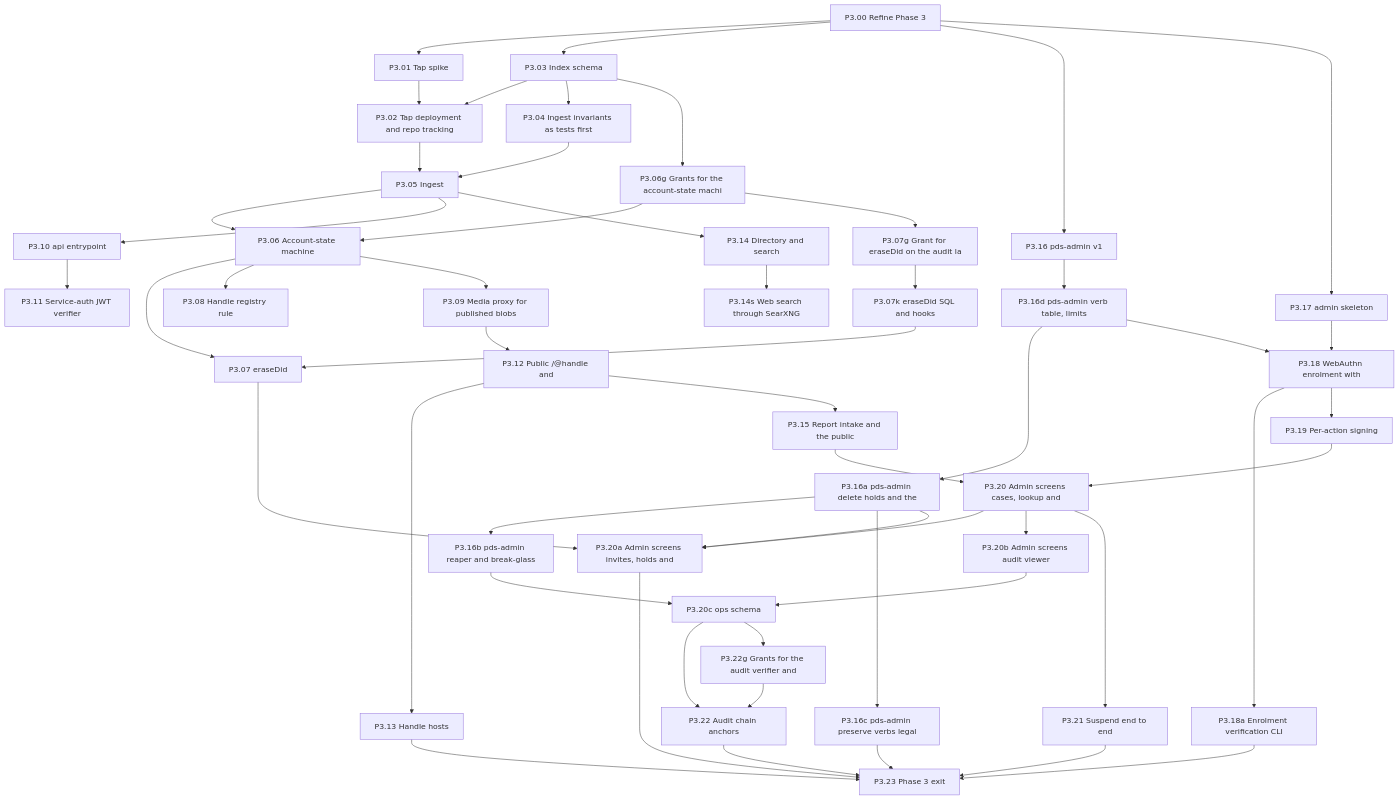
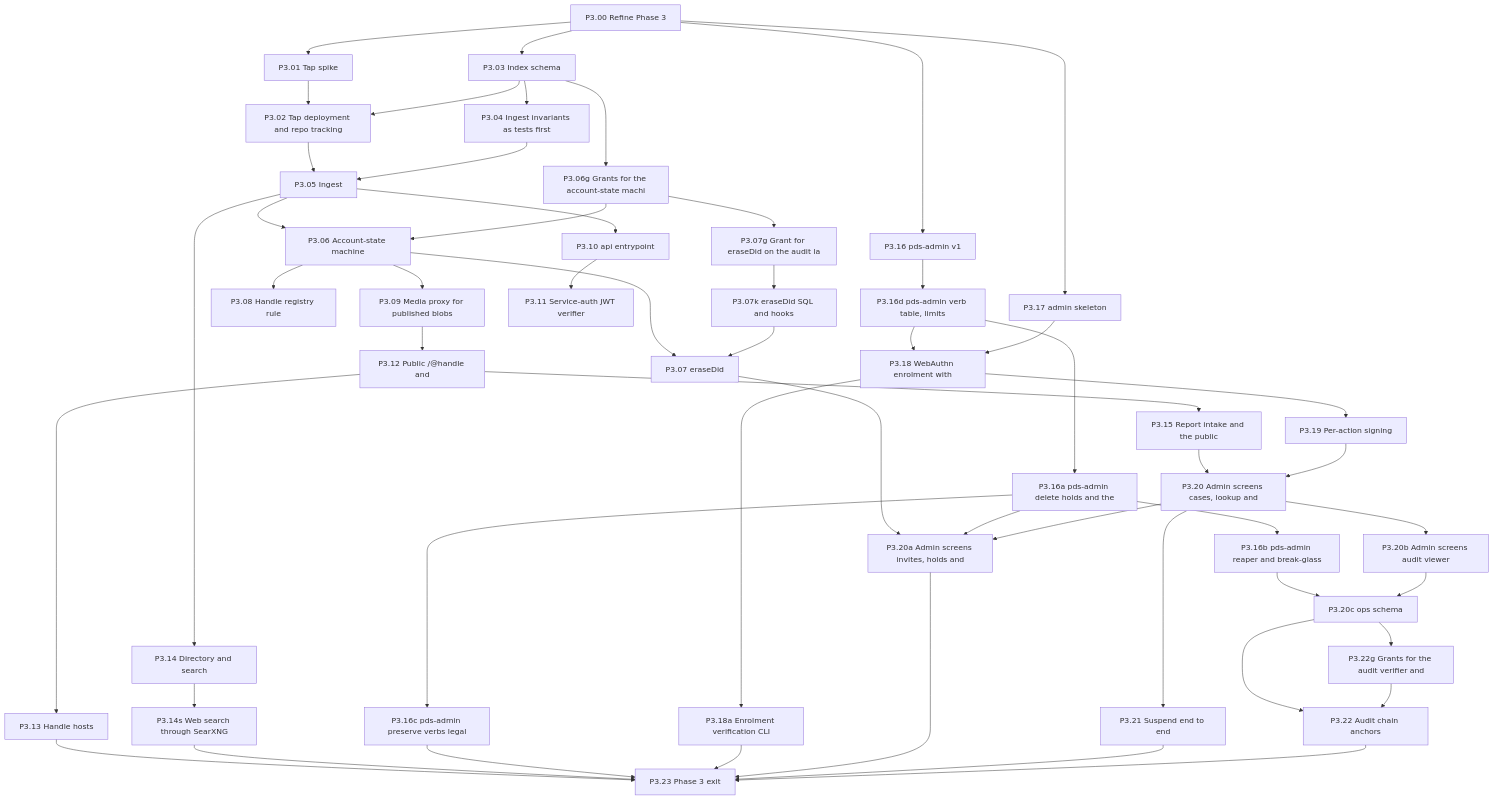
The sixth of 11 diagrams in docs/ai/book/01-outline.md (Undefined6799/unset), drawn with Mermaid before and after one commit. The commit also changed other lines of this file and 3 other files, not shown here.

```diff
--- a/docs/ai/book/01-outline.md
+++ b/docs/ai/book/01-outline.md
@@ -1731,6 +1731,7 @@
   P3_20 --> P3_21
   P3_20c --> P3_22
   P3_13 --> P3_23
+  P3_14s --> P3_23
   P3_16c --> P3_23
   P3_18a --> P3_23
   P3_20a --> P3_23
```
